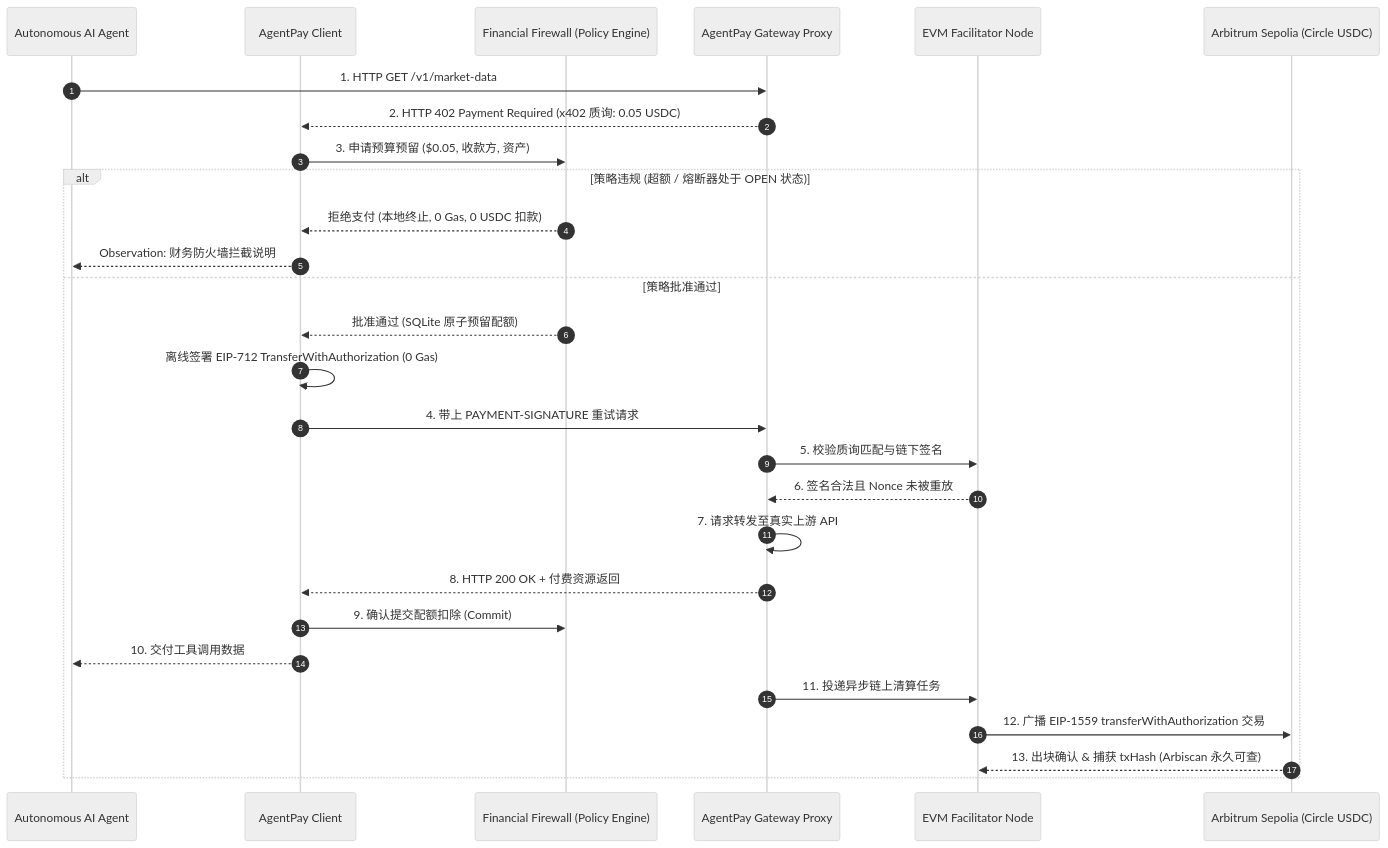
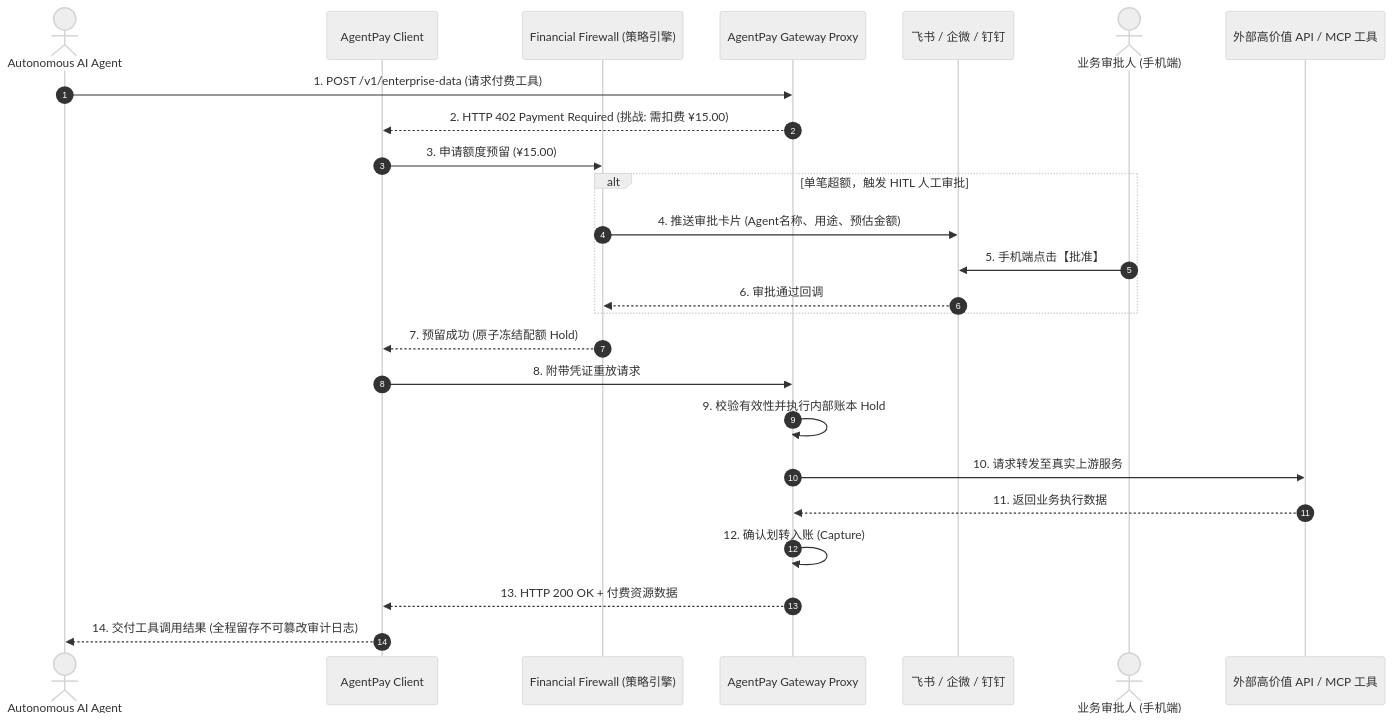
Before and after one commit to open-agentpay/AgentPay: the diagram in README_zh.md, drawn with Mermaid (neutral theme). The commit also changed other lines of this file and 43 other files, not shown here.

````diff
--- a/README_zh.md
+++ b/README_zh.md
@@ -244,31 +240,30 @@
 ```mermaid
 sequenceDiagram
     autonumber
-    participant Agent as Autonomous AI Agent
+    actor Agent as Autonomous AI Agent
     participant Client as AgentPay Client
-    participant Policy as Financial Firewall (Policy Engine)
+    participant Policy as Financial Firewall (策略引擎)
     participant Gateway as AgentPay Gateway Proxy
-    participant Facilitator as EVM Facilitator Node
-    participant Chain as Arbitrum Sepolia (Circle USDC)
+    participant IM as 飞书 / 企微 / 钉钉
+    actor Manager as 业务审批人 (手机端)
+    participant Upstream as 外部高价值 API / MCP 工具
 
-    Agent->>Gateway: 1. HTTP GET /v1/market-data
-    Gateway-->>Client: 2. HTTP 402 Payment Required (x402 质询: 0.05 USDC)
-    Client->>Policy: 3. 申请预算预留 ($0.05, 收款方, 资产)
-    alt 策略违规 (超额 / 熔断器处于 OPEN 状态)
-        Policy-->>Client: 拒绝支付 (本地终止, 0 Gas, 0 USDC 扣款)
-        Client-->>Agent: Observation: 财务防火墙拦截说明
-    else 策略批准通过
-        Policy-->>Client: 批准通过 (SQLite 原子预留配额)
-        Client->>Client: 离线签署 EIP-712 TransferWithAuthorization (0 Gas)
-        Client->>Gateway: 4. 带上 PAYMENT-SIGNATURE 重试请求
-        Gateway->>Facilitator: 5. 校验质询匹配与链下签名
-        Facilitator-->>Gateway: 6. 签名合法且 Nonce 未被重放
-        Gateway->>Gateway: 7. 请求转发至真实上游 API
-        Gateway-->>Client: 8. HTTP 200 OK + 付费资源返回
-        Client->>Policy: 9. 确认提交配额扣除 (Commit)
-        Client-->>Agent: 10. 交付工具调用数据
-        Gateway->>Facilitator: 11. 投递异步链上清算任务
-        Facilitator->>Chain: 12. 广播 EIP-1559 transferWithAuthorization 交易
-        Chain-->>Facilitator: 13. 出块确认 & 捕获 txHash (Arbiscan 永久可查)
+    Agent->>Gateway: 1. POST /v1/enterprise-data (请求付费工具)
+    Gateway-->>Client: 2. HTTP 402 Payment Required (挑战: 需扣费 ¥15.00)
+    Client->>Policy: 3. 申请额度预留 (¥15.00)
+    
+    alt 单笔超额，触发 HITL 人工审批
+        Policy->>IM: 4. 推送审批卡片 (Agent名称、用途、预估金额)
+        Manager->>IM: 5. 手机端点击【批准】
+        IM-->>Policy: 6. 审批通过回调
     end
+
+    Policy-->>Client: 7. 预留成功 (原子冻结配额 Hold)
+    Client->>Gateway: 8. 附带凭证重放请求
+    Gateway->>Gateway: 9. 校验有效性并执行内部账本 Hold
+    Gateway->>Upstream: 10. 请求转发至真实上游服务
+    Upstream-->>Gateway: 11. 返回业务执行数据
+    Gateway->>Gateway: 12. 确认划转入账 (Capture)
+    Gateway-->>Client: 13. HTTP 200 OK + 付费资源数据
+    Client-->>Agent: 14. 交付工具调用结果 (全程留存不可篡改审计日志)
 ```
````
